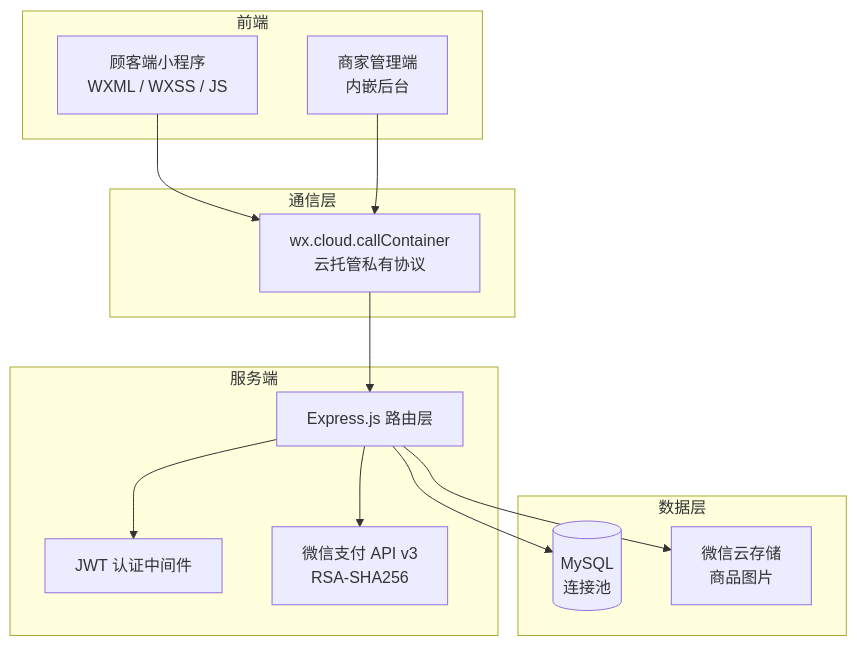
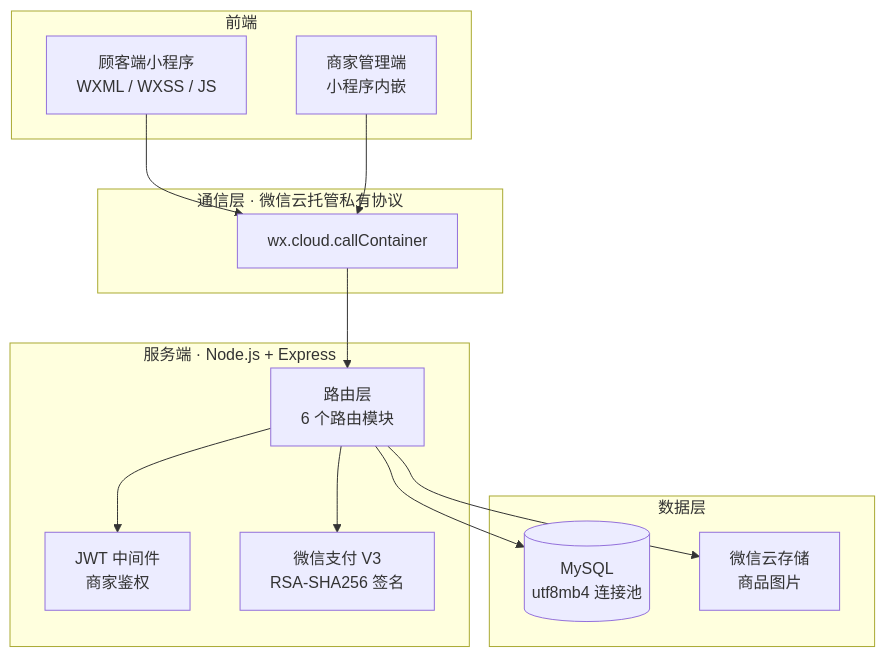
One commit to zip-Wu/tasty_bakery changed the first of 2 diagrams in README.md. Above: the diagram before and after it, drawn with Mermaid. The commit also changed other lines of this file, not shown here.

Commit message:
docs: 添加功能截图和演示GIF

````diff
--- a/README.md
+++ b/README.md
@@ -55,30 +45,30 @@
 ```mermaid
 graph TB
     subgraph 前端
         A[顾客端小程序<br/>WXML / WXSS / JS]
-        B[商家管理端<br/>内嵌后台]
+        B[商家管理端<br/>小程序内嵌]
     end
 
-    subgraph 通信层
-        C[wx.cloud.callContainer<br/>云托管私有协议]
+    subgraph 通信层["通信层 · 微信云托管私有协议"]
+        C[wx.cloud.callContainer]
     end
 
-    subgraph 服务端
-        D[Express.js 路由层]
-        E[JWT 认证中间件]
-        F[微信支付 API v3<br/>RSA-SHA256]
+    subgraph 服务端["服务端 · Node.js + Express"]
+        D[路由层<br/>6 个路由模块]
+        E[JWT 中间件<br/>商家鉴权]
+        F[微信支付 V3<br/>RSA-SHA256 签名]
     end
 
     subgraph 数据层
-        G[(MySQL<br/>连接池)]
+        G[(MySQL<br/>utf8mb4 连接池)]
         H[微信云存储<br/>商品图片]
     end
 
     A --> C
     B --> C
     C --> D
     D --> E
     D --> F
     D --> G
     D --> H
 ```
````
